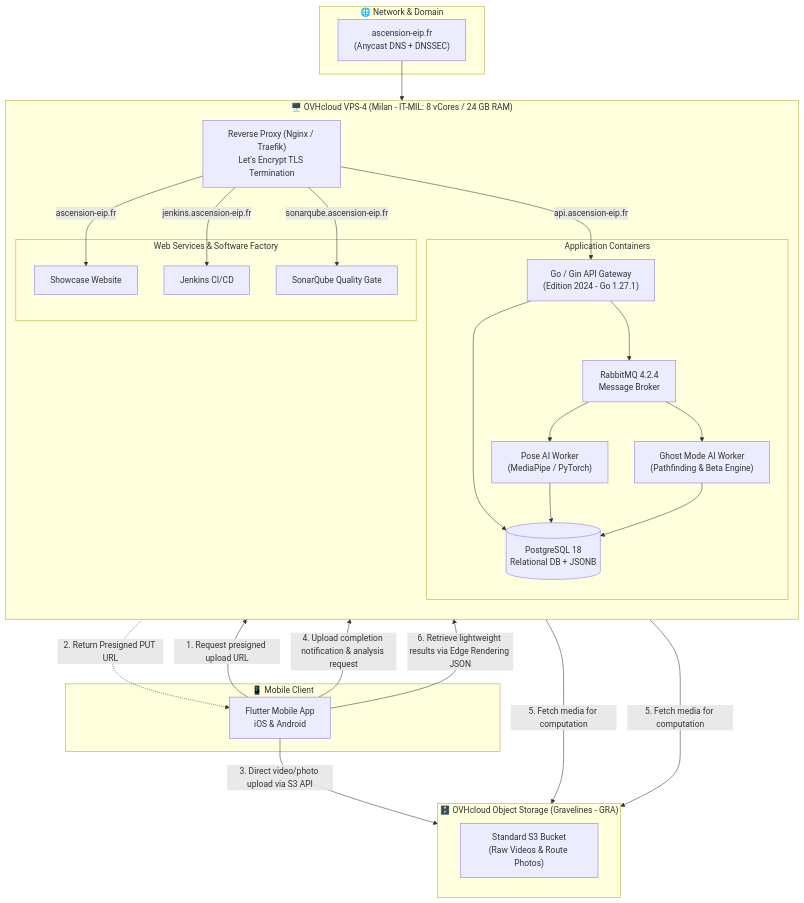
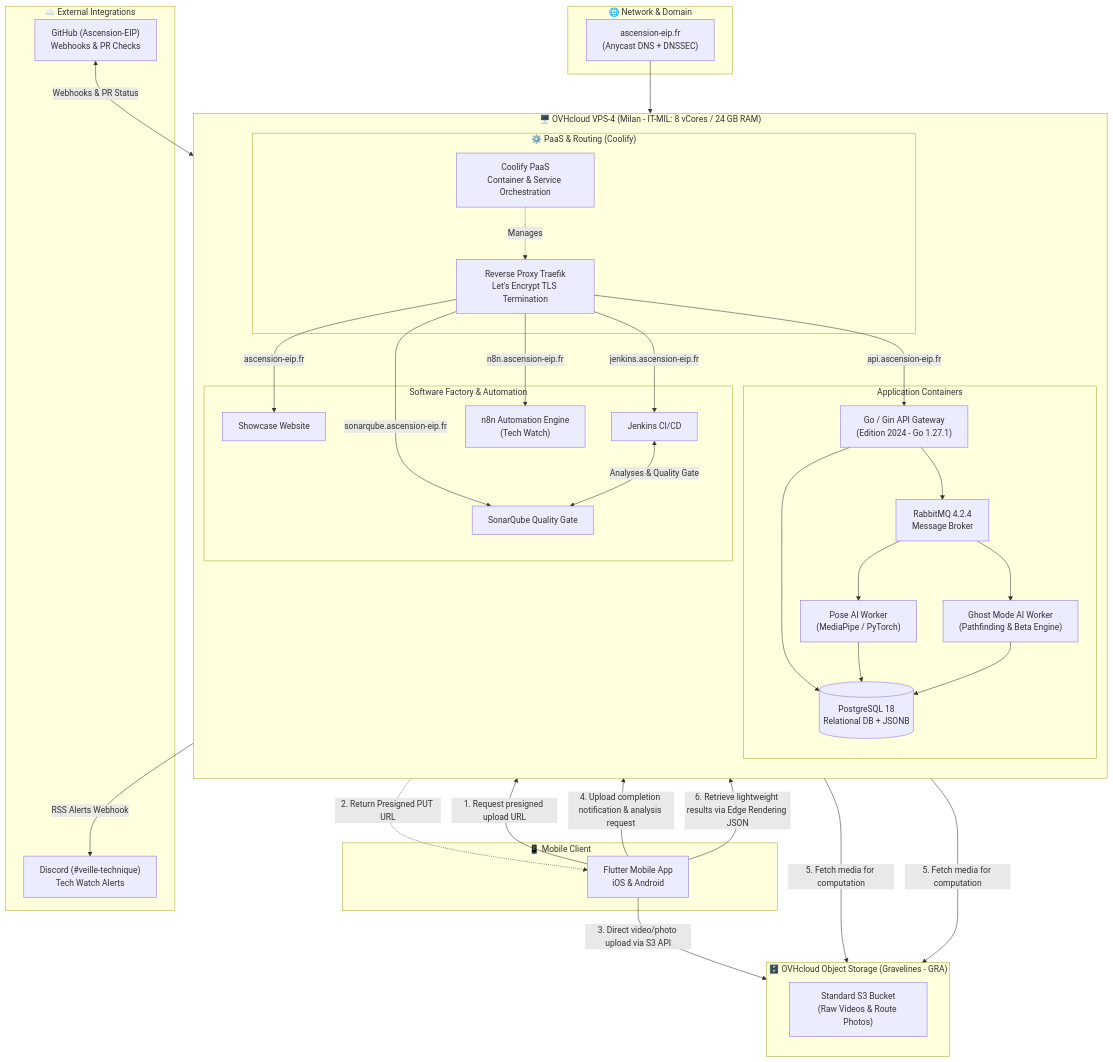
Before and after one commit to Ascension-EIP/Ascension: the diagram in docs/Ascension/developer/architecture/infrastructure.md, drawn with Mermaid. The commit also changed other lines of this file and 3 other files, not shown here.

First line of the commit message:
docs(architecture): add technical diagrams and update infrastructure documentation

````diff
--- a/docs/Ascension/developer/architecture/infrastructure.md
+++ b/docs/Ascension/developer/architecture/infrastructure.md
@@ -37,55 +37,72 @@
 ```mermaid
 flowchart TB
     subgraph Client ["📱 Mobile Client"]
         App["Flutter Mobile App<br/>iOS & Android"]
+    end
+
+    subgraph ExtServices ["☁️ External Integrations"]
+        GH["GitHub (Ascension-EIP)<br/>Webhooks & PR Checks"]
+        Discord["Discord (#veille-technique)<br/>Tech Watch Alerts"]
     end
 
     subgraph DNS ["🌐 Network & Domain"]
         Domain["ascension-eip.fr<br/>(Anycast DNS + DNSSEC)"]
     end
 
     subgraph Storage ["🗄️ OVHcloud Object Storage (Gravelines - GRA)"]
         direction TB
         Bucket["Standard S3 Bucket<br/>(Raw Videos & Route Photos)"]
     end
 
     subgraph Compute ["🖥️ OVHcloud VPS-4 (Milan - IT-MIL: 8 vCores / 24 GB RAM)"]
         direction TB
-        Proxy["Reverse Proxy (Nginx / Traefik)<br/>Let's Encrypt TLS Termination"]
+
+        subgraph Management ["⚙️ PaaS & Routing (Coolify)"]
+            Coolify["Coolify PaaS<br/>Container & Service Orchestration"]
+            Proxy["Reverse Proxy Traefik<br/>Let's Encrypt TLS Termination"]
+            Coolify -.->|Manages| Proxy
+        end
 
         subgraph CoreApp ["Application Containers"]
             API["Go / Gin API Gateway<br/>(Edition 2024 - Go 1.27.1)"]
             RabbitMQ["RabbitMQ 4.2.4<br/>Message Broker"]
             WorkerPose["Pose AI Worker<br/>(MediaPipe / PyTorch)"]
             WorkerGhost["Ghost Mode AI Worker<br/>(Pathfinding & Beta Engine)"]
             DB[("PostgreSQL 18<br/>Relational DB + JSONB")]
         end
 
-        subgraph WebAndCI ["Web Services & Software Factory"]
+        subgraph ToolingAndCI ["Software Factory & Automation"]
             WebSite["Showcase Website"]
             Jenkins["Jenkins CI/CD"]
             Sonar["SonarQube Quality Gate"]
+            N8N["n8n Automation Engine<br/>(Tech Watch)"]
         end
 
         Proxy -->|api.ascension-eip.fr| API
         Proxy -->|ascension-eip.fr| WebSite
         Proxy -->|jenkins.ascension-eip.fr| Jenkins
         Proxy -->|sonarqube.ascension-eip.fr| Sonar
+        Proxy -->|n8n.ascension-eip.fr| N8N
 
         API --> DB
         API --> RabbitMQ
         RabbitMQ --> WorkerPose
         RabbitMQ --> WorkerGhost
         WorkerPose --> DB
         WorkerGhost --> DB
+
+        Jenkins <-->|Analyses & Quality Gate| Sonar
     end
 
     Domain --> Proxy
+    GH <-->|Webhooks & PR Status| Jenkins
+    N8N -->|RSS Alerts Webhook| Discord
+
     App -->|"1. Request presigned upload URL"| API
     API -.->|"2. Return Presigned PUT URL"| App
     App -->|"3. Direct video/photo upload via S3 API"| Bucket
     App -->|"4. Upload completion notification & analysis request"| API
     WorkerPose -->|"5. Fetch media for computation"| Bucket
     WorkerGhost -->|"5. Fetch media for computation"| Bucket
     App -->|"6. Retrieve lightweight results via Edge Rendering JSON"| API
 ```
````
